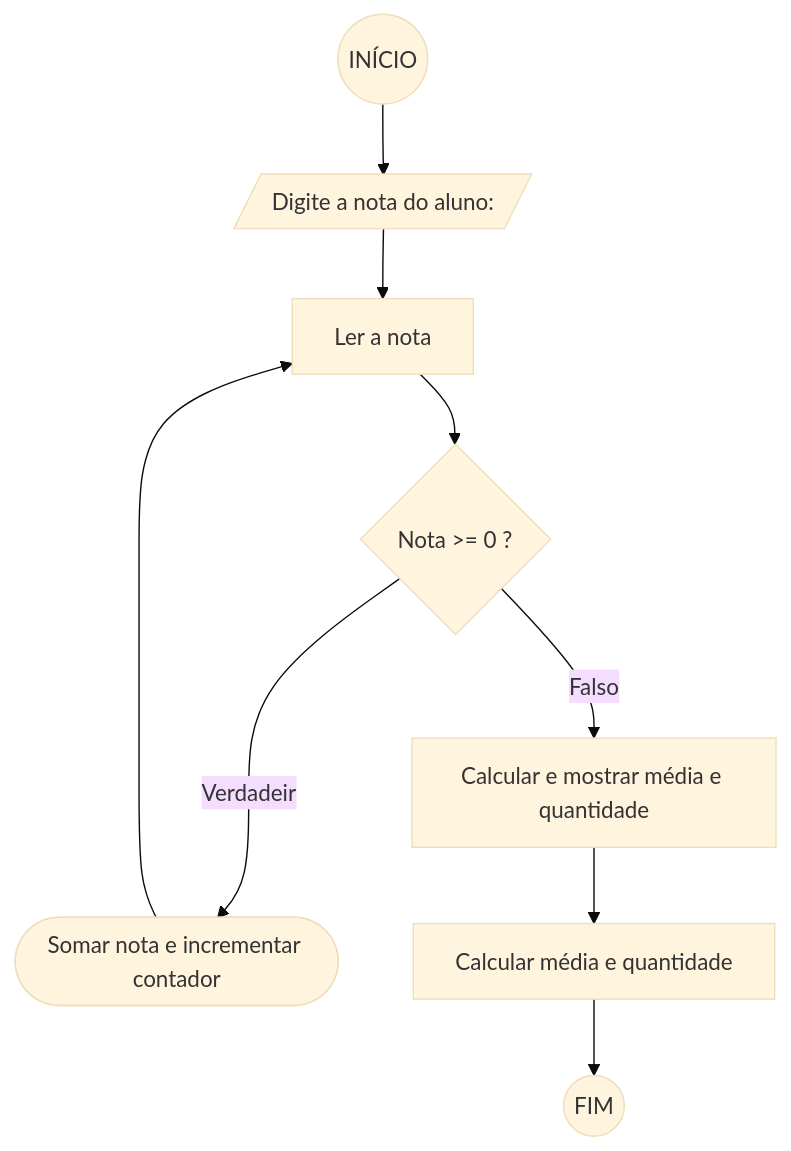
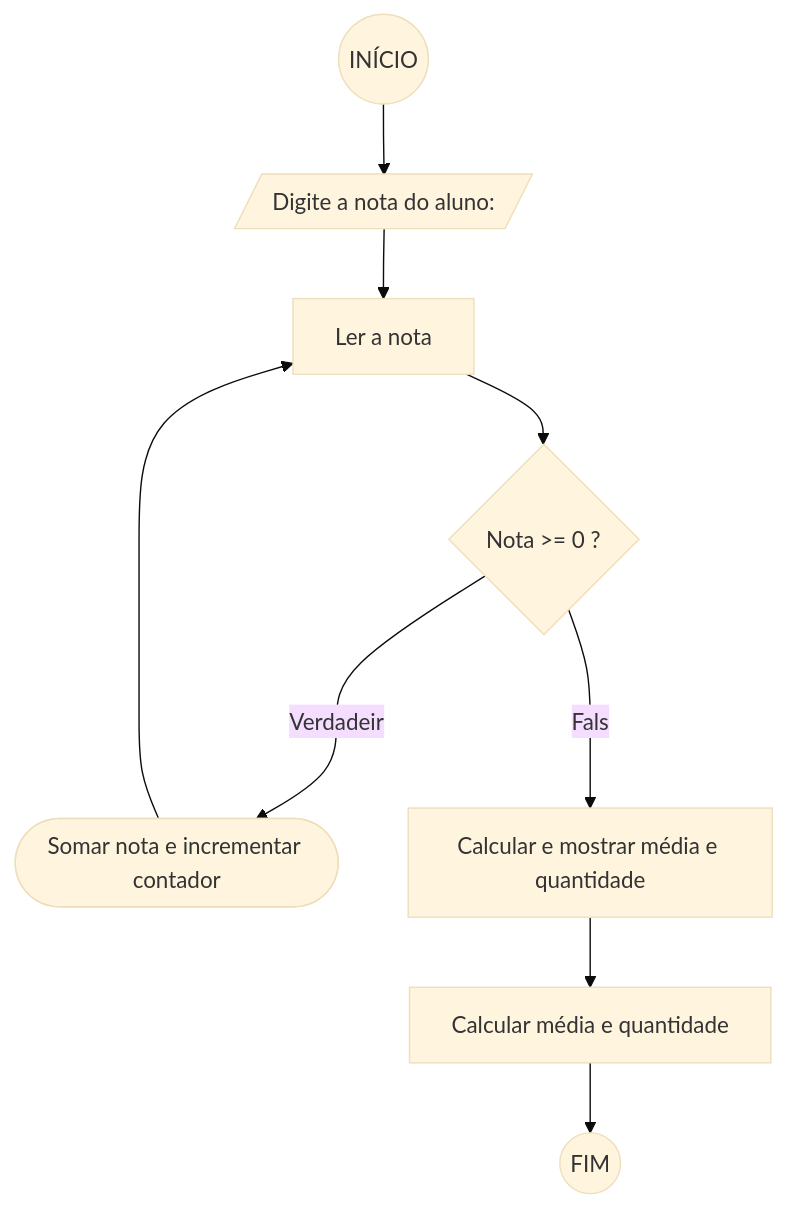
Before and after one commit to IamTheNewGhost57/Unifor: the fourth of 4 diagrams in RLA/Lista de Exercícios 03.md, drawn with Mermaid (base theme).

Commit message:
Update Lista de Exercícios 03.md

````diff
--- a/RLA/Lista de Exercícios 03.md
+++ b/RLA/Lista de Exercícios 03.md
@@ -127,11 +127,11 @@
 ```mermaid
 flowchart TD
     Inicio((INÍCIO)) --> Entrada[/Digite a nota do aluno:/]
     Entrada --> Leitura[Ler a nota]
     Leitura --> Condicao{Nota >= 0 ?}
     Condicao --Verdadeiro--> Verdadeiro([Somar nota e incrementar contador])
     Verdadeiro --> Leitura
-    Condicao --> |Falso| Falso[Calcular e mostrar média e quantidade]
+    Condicao --Falso--> Falso[Calcular e mostrar média e quantidade]
     Falso --> Media[Calcular média e quantidade]
     Media --> Fim((FIM))
 ```
````
